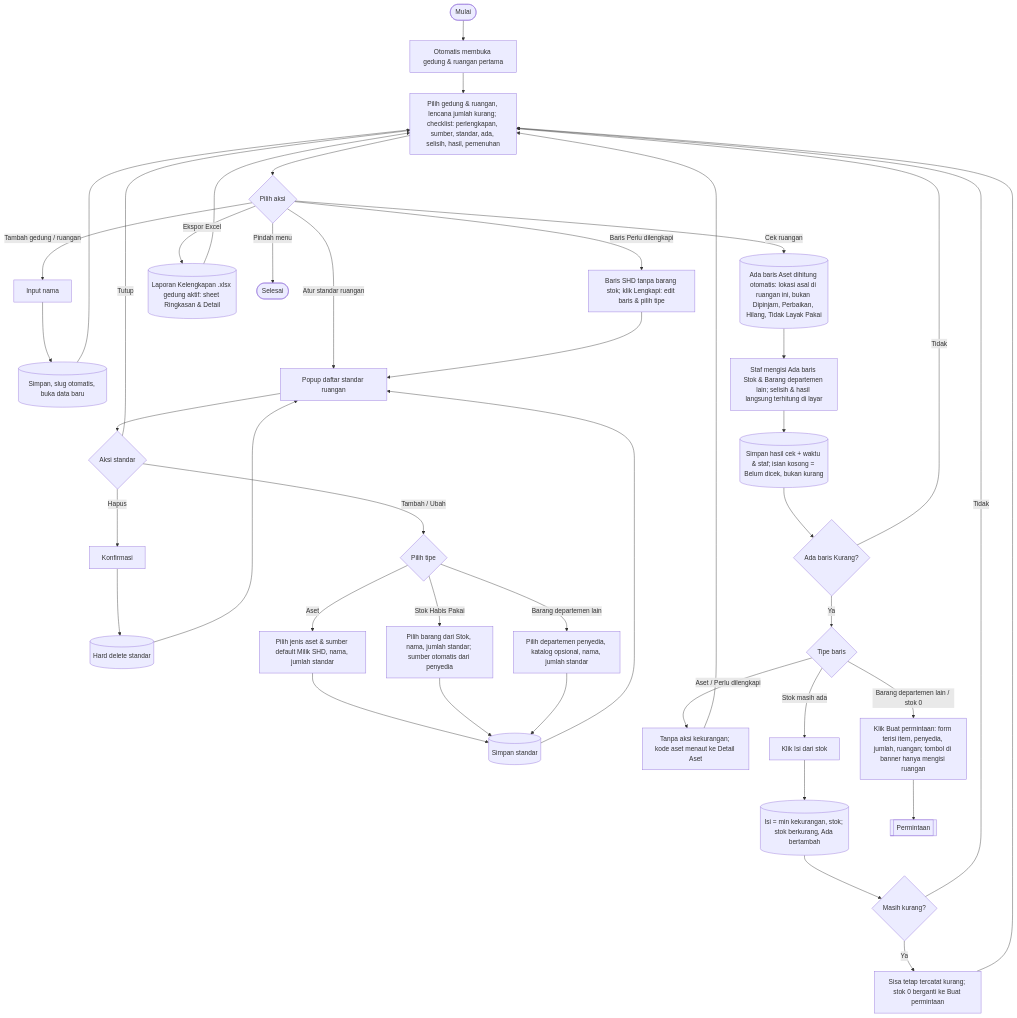
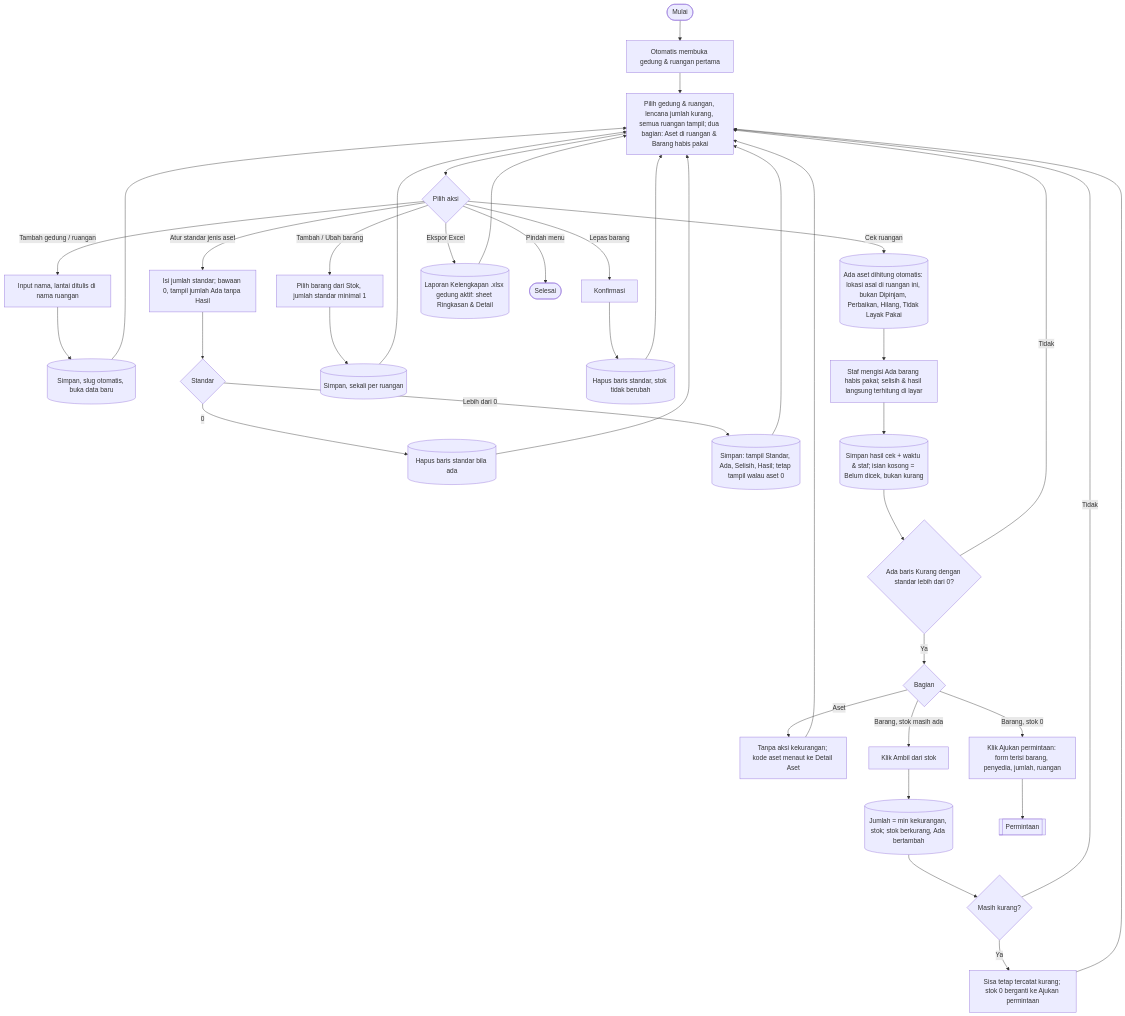
Before and after one commit to mrizqihidayat/system-tracking-asset: the sixth of 9 diagrams in docs/flowchart.md, drawn with Mermaid. The commit also changed other lines of this file and 86 other files, not shown here.

First line of the commit message:
T26u: jenis aset satu tingkat dan kelengkapan ruangan dua bagian

````diff
--- a/docs/flowchart.md
+++ b/docs/flowchart.md
@@ -220,36 +220,31 @@
 ```mermaid
 flowchart TD
     A([Mulai]) --> A1[Otomatis membuka gedung & ruangan pertama]
-    A1 --> B[Pilih gedung & ruangan, lencana jumlah kurang; checklist: perlengkapan, sumber, standar, ada, selisih, hasil, pemenuhan]
+    A1 --> B[Pilih gedung & ruangan, lencana jumlah kurang, semua ruangan tampil; dua bagian: Aset di ruangan & Barang habis pakai]
     B --> C{Pilih aksi}
 
-    C -- Tambah gedung / ruangan --> N1[Input nama] --> N2[(Simpan, slug otomatis, buka data baru)] --> B
+    C -- Tambah gedung / ruangan --> N1[Input nama, lantai ditulis di nama ruangan] --> N2[(Simpan, slug otomatis, buka data baru)] --> B
 
-    C -- Atur standar ruangan --> S1[Popup daftar standar ruangan]
-    S1 --> S2{Aksi standar}
-    S2 -- Tutup --> B
-    S2 -- Hapus --> S3[Konfirmasi] --> S4[(Hard delete standar)] --> S1
-    S2 -- Tambah / Ubah --> S5{Pilih tipe}
-    S5 -- Aset --> S6[Pilih jenis aset & sumber default Milik SHD, nama, jumlah standar]
-    S5 -- Stok Habis Pakai --> S8[Pilih barang dari Stok, nama, jumlah standar; sumber otomatis dari penyedia]
-    S5 -- Barang departemen lain --> S9[Pilih departemen penyedia, katalog opsional, nama, jumlah standar]
-    S6 & S8 & S9 --> S7[(Simpan standar)] --> S1
+    C -- Atur standar jenis aset --> S1[Isi jumlah standar; bawaan 0, tampil jumlah Ada tanpa Hasil] --> S2{Standar}
+    S2 -- 0 --> S3[(Hapus baris standar bila ada)] --> B
+    S2 -- Lebih dari 0 --> S4[(Simpan: tampil Standar, Ada, Selisih, Hasil; tetap tampil walau aset 0)] --> B
 
-    C -- Baris Perlu dilengkapi --> K11[Baris SHD tanpa barang stok; klik Lengkapi: edit baris & pilih tipe] --> S1
+    C -- Tambah / Ubah barang --> S5[Pilih barang dari Stok, jumlah standar minimal 1] --> S6[(Simpan, sekali per ruangan)] --> B
+    C -- Lepas barang --> S7[Konfirmasi] --> S8[(Hapus baris standar, stok tidak berubah)] --> B
 
-    C -- Cek ruangan --> K3[(Ada baris Aset dihitung otomatis: lokasi asal di ruangan ini, bukan Dipinjam, Perbaikan, Hilang, Tidak Layak Pakai)]
-    K3 --> K4[Staf mengisi Ada baris Stok & Barang departemen lain; selisih & hasil langsung terhitung di layar]
+    C -- Cek ruangan --> K3[(Ada aset dihitung otomatis: lokasi asal di ruangan ini, bukan Dipinjam, Perbaikan, Hilang, Tidak Layak Pakai)]
+    K3 --> K4[Staf mengisi Ada barang habis pakai; selisih & hasil langsung terhitung di layar]
     K4 --> K5[(Simpan hasil cek + waktu & staf; isian kosong = Belum dicek, bukan kurang)]
-    K5 --> K6{Ada baris Kurang?}
+    K5 --> K6{Ada baris Kurang dengan standar lebih dari 0?}
     K6 -- Tidak --> B
-    K6 -- Ya --> K7{Tipe baris}
-    K7 -- Aset / Perlu dilengkapi --> K8[Tanpa aksi kekurangan; kode aset menaut ke Detail Aset] --> B
-    K7 -- Stok masih ada --> F1[Klik Isi dari stok] --> F2[(Isi = min kekurangan, stok; stok berkurang, Ada bertambah)]
+    K6 -- Ya --> K7{Bagian}
+    K7 -- Aset --> K8[Tanpa aksi kekurangan; kode aset menaut ke Detail Aset] --> B
+    K7 -- Barang, stok masih ada --> F1[Klik Ambil dari stok] --> F2[(Jumlah = min kekurangan, stok; stok berkurang, Ada bertambah)]
     F2 --> F3{Masih kurang?}
     F3 -- Tidak --> B
-    F3 -- Ya --> F4[Sisa tetap tercatat kurang; stok 0 berganti ke Buat permintaan] --> B
-    K7 -- Barang departemen lain / stok 0 --> K9[Klik Buat permintaan: form terisi item, penyedia, jumlah, ruangan; tombol di banner hanya mengisi ruangan] --> K10[[Permintaan]]
+    F3 -- Ya --> F4[Sisa tetap tercatat kurang; stok 0 berganti ke Ajukan permintaan] --> B
+    K7 -- Barang, stok 0 --> K9[Klik Ajukan permintaan: form terisi barang, penyedia, jumlah, ruangan] --> K10[[Permintaan]]
 
     C -- Ekspor Excel --> X1[(Laporan Kelengkapan .xlsx gedung aktif: sheet Ringkasan & Detail)] --> B
     C -- Pindah menu --> Z([Selesai])
 ```
````
